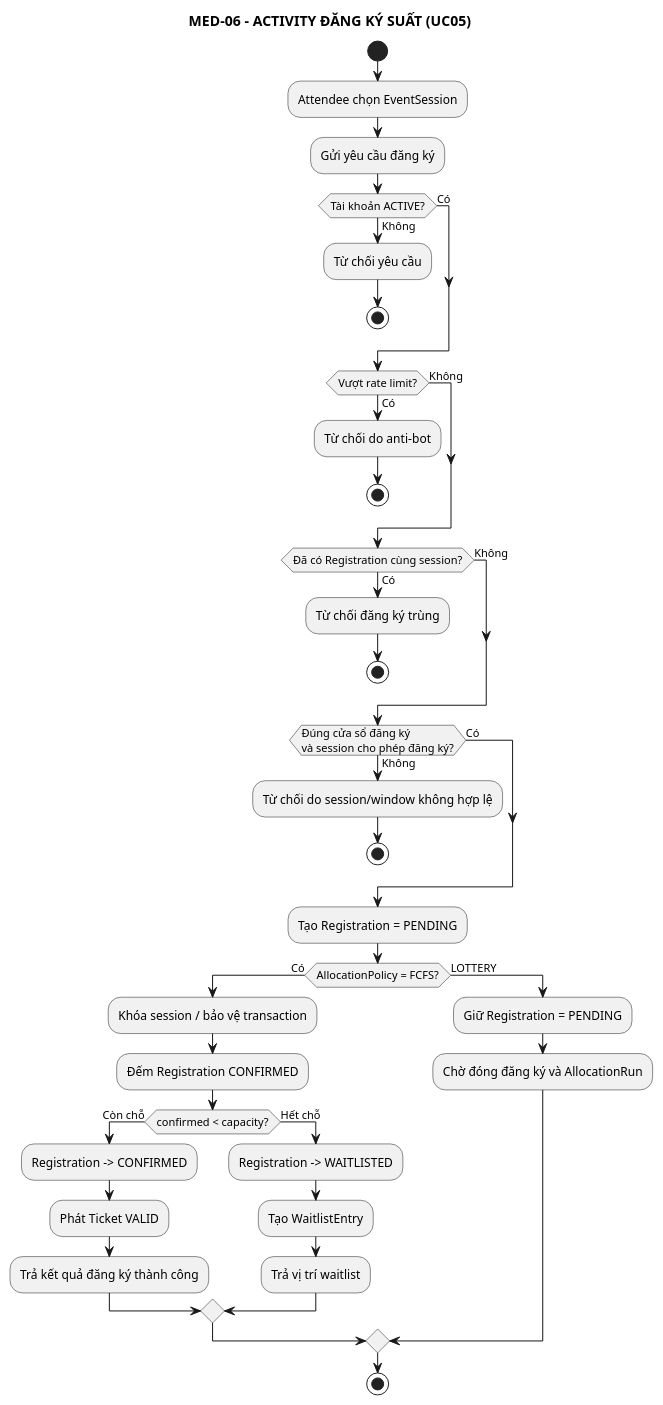
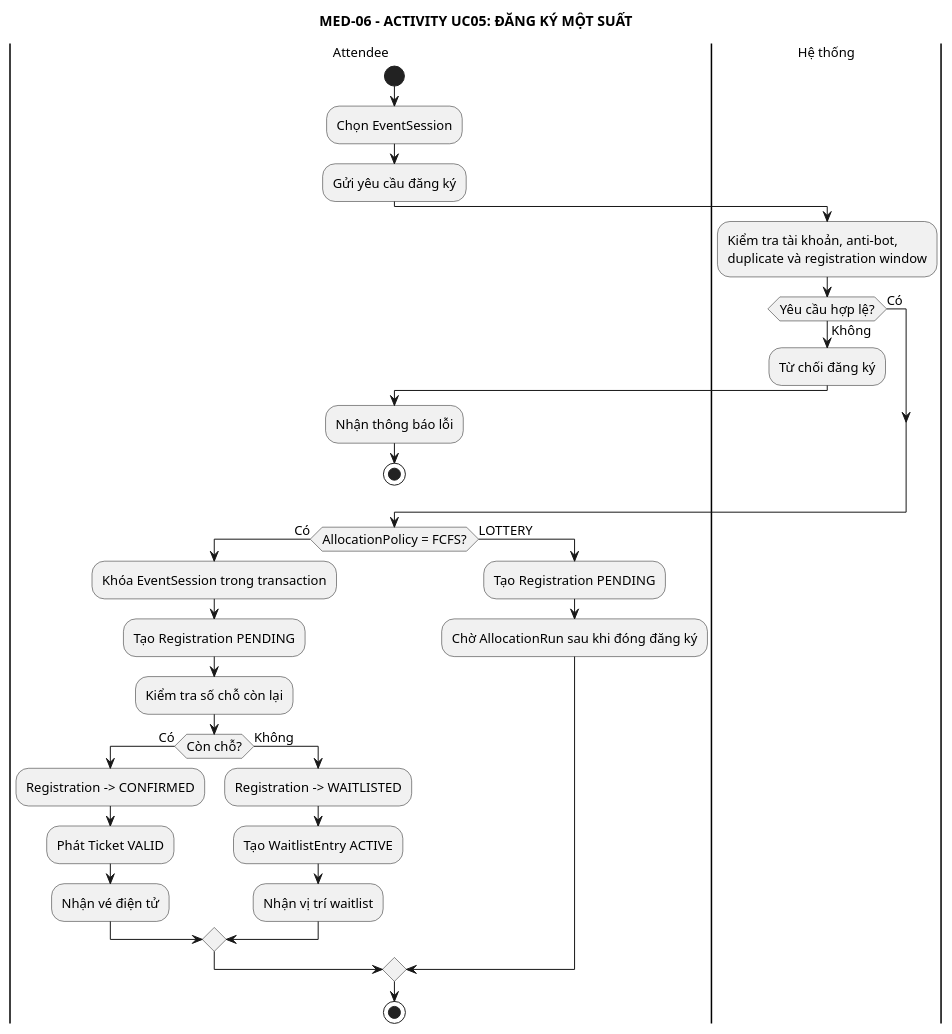
One commit to anh632k-ui/OOP-DoAn changed the diagram in PTTK/06_Activity/01-registration-flow.puml. Above: the diagram before and after it, drawn with PlantUML.

Commit message:
refactor registration activity into swimlane layout

```diff
--- a/PTTK/06_Activity/01-registration-flow.puml
+++ b/PTTK/06_Activity/01-registration-flow.puml
@@ -1,54 +1,49 @@
 @startuml
+skinparam monochrome true
 skinparam shadowing false
+skinparam defaultFontSize 13
 
-title MED-06 - ACTIVITY ĐĂNG KÝ SUẤT (UC05)
+title MED-06 - ACTIVITY UC05: ĐĂNG KÝ MỘT SUẤT
 
+|Attendee|
 start
-:Attendee chọn EventSession;
+:Chọn EventSession;
 :Gửi yêu cầu đăng ký;
 
-if (Tài khoản ACTIVE?) then (Có)
+|Hệ thống|
+:Kiểm tra tài khoản, anti-bot,
+duplicate và registration window;
+
+if (Yêu cầu hợp lệ?) then (Có)
 else (Không)
-  :Từ chối yêu cầu;
+  :Từ chối đăng ký;
+  |Attendee|
+  :Nhận thông báo lỗi;
   stop
 endif
 
-if (Vượt rate limit?) then (Có)
-  :Từ chối do anti-bot;
-  stop
-else (Không)
-endif
+if (AllocationPolicy = FCFS?) then (Có)
+  :Khóa EventSession trong transaction;
+  :Tạo Registration PENDING;
+  :Kiểm tra số chỗ còn lại;
 
-if (Đã có Registration cùng session?) then (Có)
-  :Từ chối đăng ký trùng;
-  stop
-else (Không)
-endif
-
-if (Đúng cửa sổ đăng ký\nvà session cho phép đăng ký?) then (Có)
-else (Không)
-  :Từ chối do session/window không hợp lệ;
-  stop
-endif
-
-:Tạo Registration = PENDING;
-
-if (AllocationPolicy = FCFS?) then (Có)
-  :Khóa session / bảo vệ transaction;
-  :Đếm Registration CONFIRMED;
-  if (confirmed < capacity?) then (Còn chỗ)
+  if (Còn chỗ?) then (Có)
     :Registration -> CONFIRMED;
     :Phát Ticket VALID;
-    :Trả kết quả đăng ký thành công;
-  else (Hết chỗ)
+    |Attendee|
+    :Nhận vé điện tử;
+  else (Không)
     :Registration -> WAITLISTED;
-    :Tạo WaitlistEntry;
-    :Trả vị trí waitlist;
+    :Tạo WaitlistEntry ACTIVE;
+    |Attendee|
+    :Nhận vị trí waitlist;
   endif
+
 else (LOTTERY)
-  :Giữ Registration = PENDING;
-  :Chờ đóng đăng ký và AllocationRun;
+  :Tạo Registration PENDING;
+  |Attendee|
+  :Chờ AllocationRun sau khi đóng đăng ký;
 endif
 
 stop
 @enduml
```
